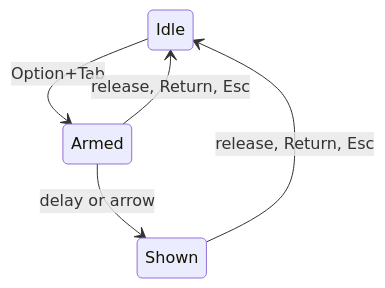
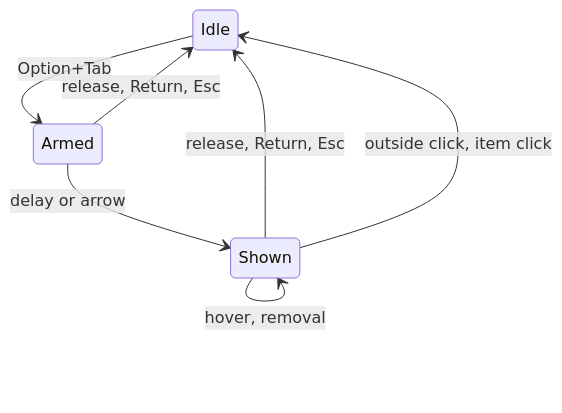
Before and after one commit to masharratt/mac-tabby: the first of 5 diagrams in readme/state-machines.md, drawn with Mermaid. The commit also changed other lines of this file and 14 other files, not shown here.

First line of the commit message:
Mouse support: click to jump, click outside to cancel, hover controls

````diff
--- a/readme/state-machines.md
+++ b/readme/state-machines.md
@@ -36,7 +41,9 @@
 ```mermaid
 stateDiagram-v2
   Idle --> Armed: Option+Tab
   Armed --> Shown: delay or arrow
   Armed --> Idle: release, Return, Esc
   Shown --> Idle: release, Return, Esc
+  Shown --> Idle: outside click, item click
+  Shown --> Shown: hover, removal
 ```
````
